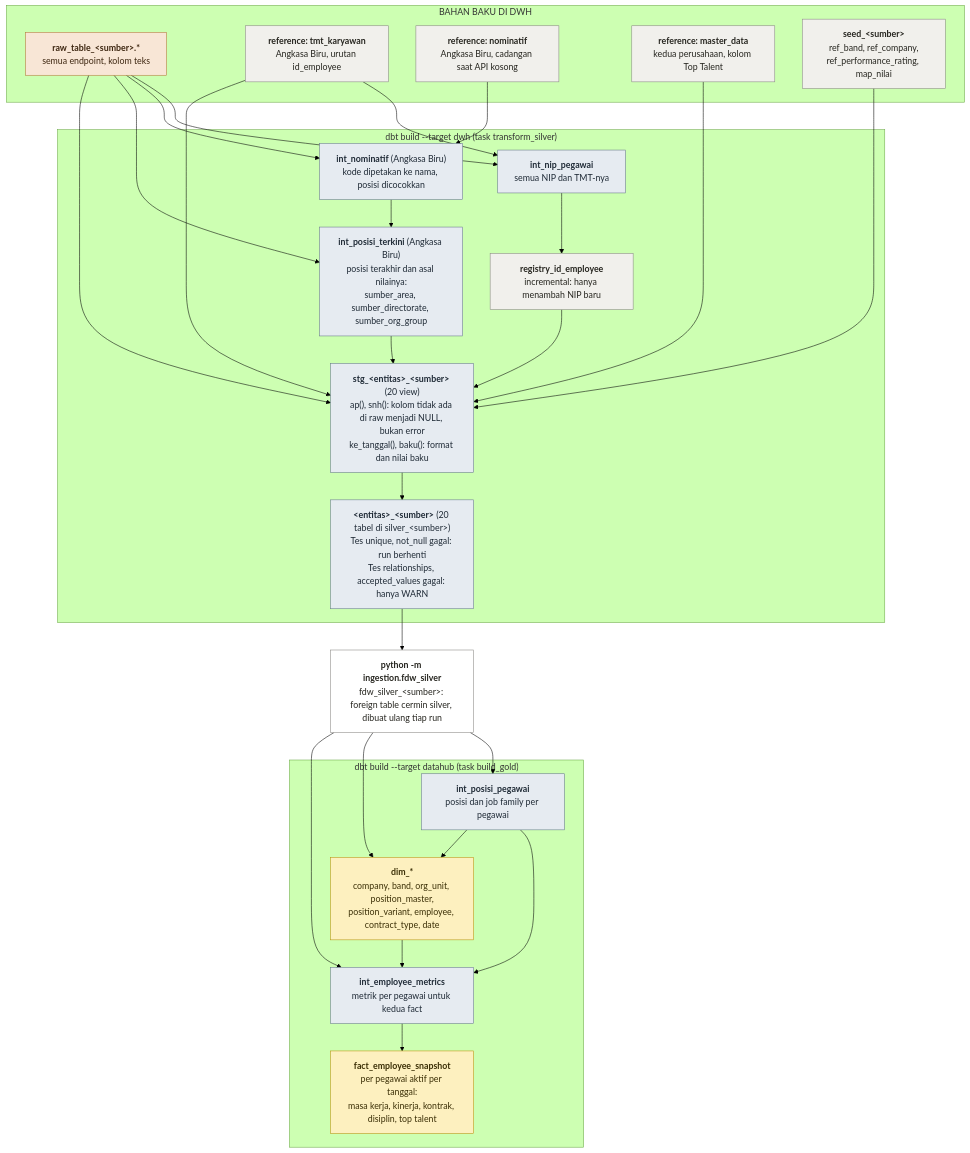
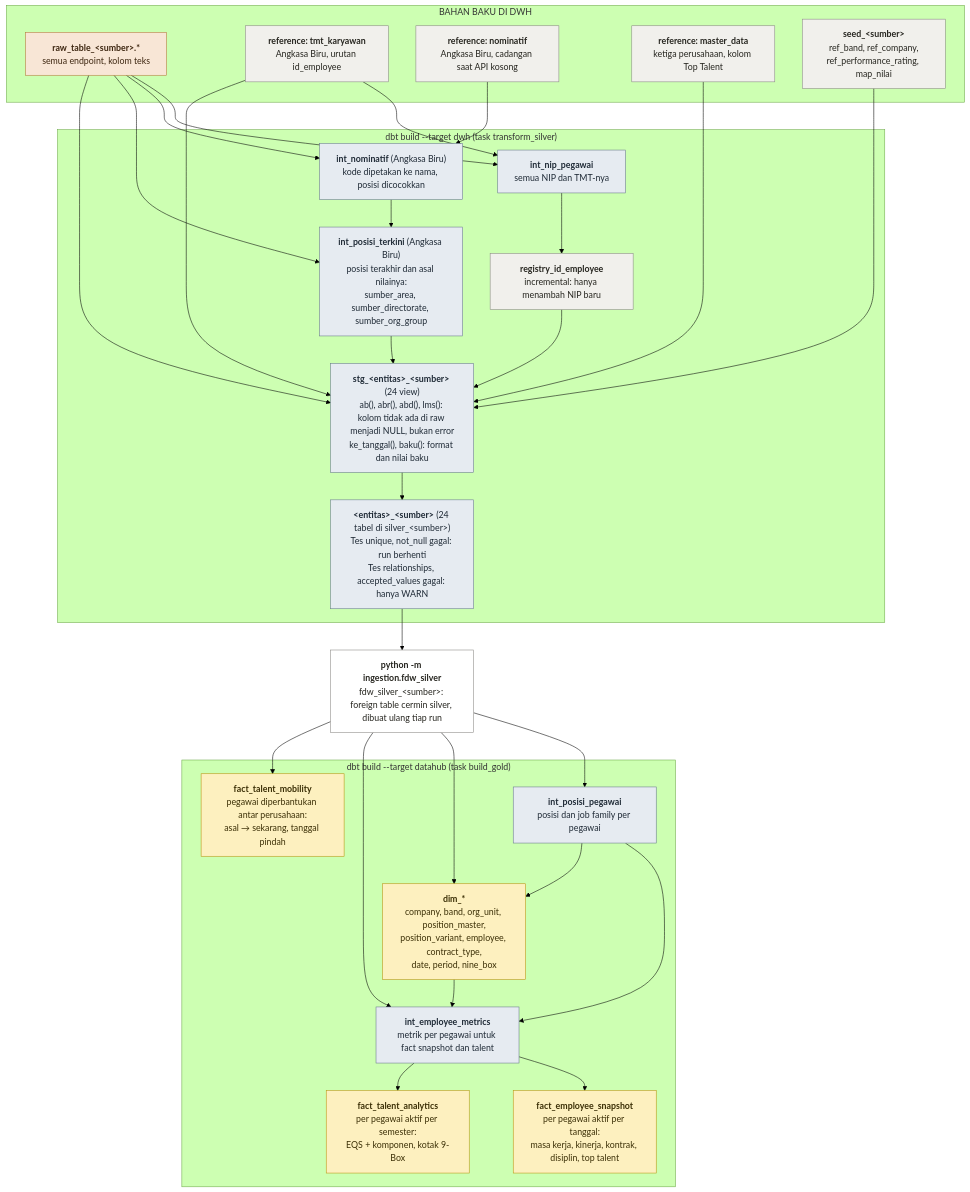
Before and after one commit to habiebdymiati/final_project_dibimibing: the diagram in docs/diagrams/proses-4-dbt.mmd, drawn with Mermaid (forest theme). The commit also changed 7 other files, not shown here.

Commit message:
Penambahan fact table talent mobility

```diff
--- a/docs/diagrams/proses-4-dbt.mmd
+++ b/docs/diagrams/proses-4-dbt.mmd
@@ -1,55 +1,59 @@
 flowchart TB
     subgraph MASUK["BAHAN BAKU DI DWH"]
         RT["<b>raw_table_#lt;sumber#gt;.*</b><br/>semua endpoint, kolom teks"]:::raw
         TMT["<b>reference: tmt_karyawan</b><br/>Angkasa Biru, urutan id_employee"]:::pendukung
         NOM["<b>reference: nominatif</b><br/>Angkasa Biru, cadangan saat API kosong"]:::pendukung
-        MD["<b>reference: master_data</b><br/>kedua perusahaan, kolom Top Talent"]:::pendukung
+        MD["<b>reference: master_data</b><br/>ketiga perusahaan, kolom Top Talent"]:::pendukung
         SEED["<b>seed_#lt;sumber#gt;</b><br/>ref_band, ref_company,<br/>ref_performance_rating, map_nilai"]:::pendukung
     end
 
     subgraph TARGETDWH["dbt build --target dwh (task transform_silver)"]
         NIP["<b>int_nip_pegawai</b><br/>semua NIP dan TMT-nya"]:::silver
         REG["<b>registry_id_employee</b><br/>incremental: hanya menambah NIP baru"]:::pendukung
         INOM["<b>int_nominatif</b> (Angkasa Biru)<br/>kode dipetakan ke nama, posisi dicocokkan"]:::silver
         POS["<b>int_posisi_terkini</b> (Angkasa Biru)<br/>posisi terakhir dan asal nilainya:<br/>sumber_area, sumber_directorate, sumber_org_group"]:::silver
-        STG["<b>stg_#lt;entitas#gt;_#lt;sumber#gt;</b> (20 view)<br/>ap(), snh(): kolom tidak ada di raw menjadi NULL, bukan error<br/>ke_tanggal(), baku(): format dan nilai baku"]:::silver
-        SIL["<b>#lt;entitas#gt;_#lt;sumber#gt;</b> (20 tabel di silver_#lt;sumber#gt;)<br/>Tes unique, not_null gagal: run berhenti<br/>Tes relationships, accepted_values gagal: hanya WARN"]:::silver
+        STG["<b>stg_#lt;entitas#gt;_#lt;sumber#gt;</b> (24 view)<br/>ab(), abr(), abd(), lms(): kolom tidak ada di raw menjadi NULL, bukan error<br/>ke_tanggal(), baku(): format dan nilai baku"]:::silver
+        SIL["<b>#lt;entitas#gt;_#lt;sumber#gt;</b> (24 tabel di silver_#lt;sumber#gt;)<br/>Tes unique, not_null gagal: run berhenti<br/>Tes relationships, accepted_values gagal: hanya WARN"]:::silver
     end
 
     FDW["<b>python -m ingestion.fdw_silver</b><br/>fdw_silver_#lt;sumber#gt;: foreign table cermin silver, dibuat ulang tiap run"]:::kerja
 
     subgraph TARGETHUB["dbt build --target datahub (task build_gold)"]
         IP["<b>int_posisi_pegawai</b><br/>posisi dan job family per pegawai"]:::silver
-        IM["<b>int_employee_metrics</b><br/>metrik per pegawai untuk kedua fact"]:::silver
-        DIM["<b>dim_*</b><br/>company, band, org_unit, position_master,<br/>position_variant, employee, contract_type, date"]:::gold
+        IM["<b>int_employee_metrics</b><br/>metrik per pegawai untuk fact snapshot dan talent"]:::silver
+        DIM["<b>dim_*</b><br/>company, band, org_unit, position_master,<br/>position_variant, employee, contract_type,<br/>date, period, nine_box"]:::gold
         F1["<b>fact_employee_snapshot</b><br/>per pegawai aktif per tanggal:<br/>masa kerja, kinerja, kontrak, disiplin, top talent"]:::gold
+        F2["<b>fact_talent_analytics</b><br/>per pegawai aktif per semester:<br/>EQS + komponen, kotak 9-Box"]:::gold
+        F3["<b>fact_talent_mobility</b><br/>pegawai diperbantukan antar perusahaan:<br/>asal #8594; sekarang, tanggal pindah"]:::gold
     end
 
     RT --> NIP
     TMT --> NIP
     NIP --> REG
     RT --> INOM
     NOM --> INOM
     INOM --> POS
     RT --> POS
     RT --> STG
     TMT --> STG
     MD --> STG
     SEED --> STG
     REG --> STG
     POS --> STG
     STG --> SIL
     SIL --> FDW
     FDW --> IP
     FDW --> DIM
     FDW --> IM
     IP --> IM
     IP --> DIM
     DIM --> IM
     IM --> F1
+    IM --> F2
+    FDW --> F3
 
     classDef raw fill:#f8e6d6,stroke:#b5763a,color:#3d2610;
     classDef pendukung fill:#f1f0ec,stroke:#8a8984,color:#26251f;
     classDef silver fill:#e6ebf1,stroke:#66788c,color:#1f2a36;
     classDef gold fill:#fdf0bf,stroke:#b8920f,color:#3b2f06;
     classDef kerja fill:#ffffff,stroke:#8a8984,color:#26251f;
```
